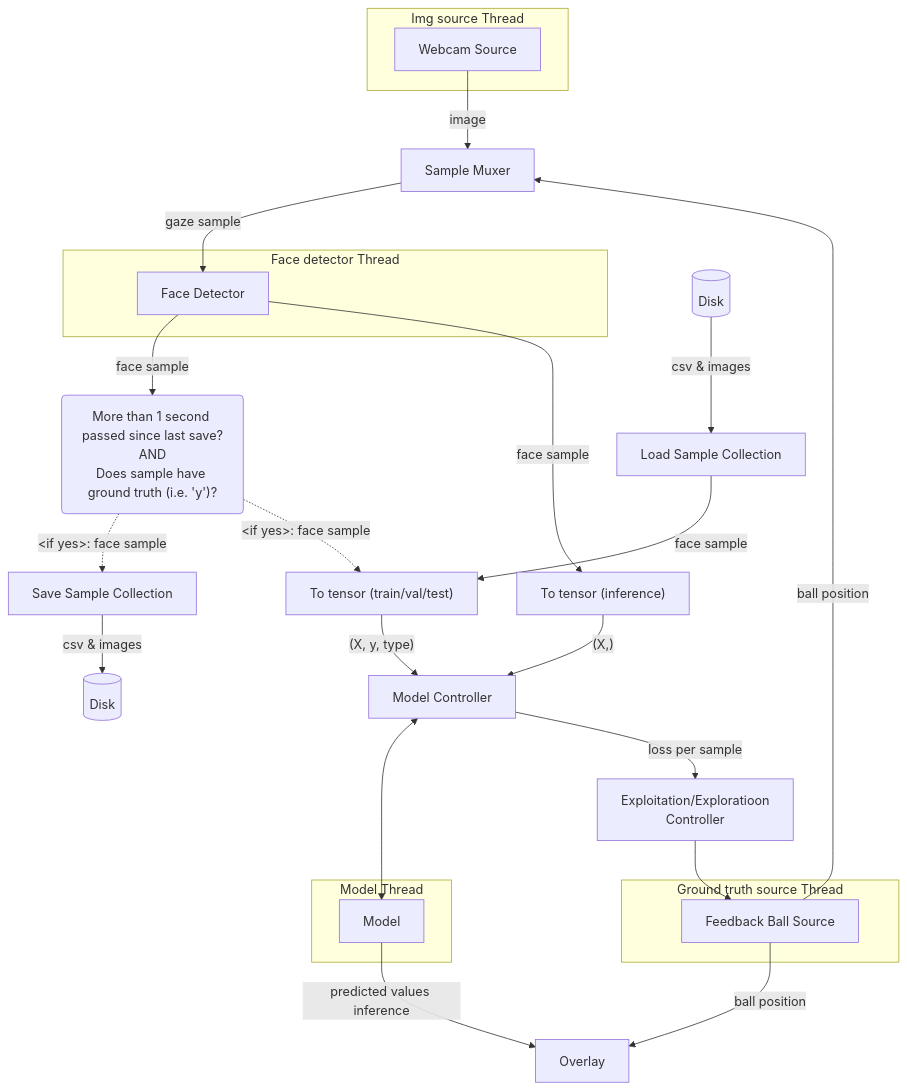
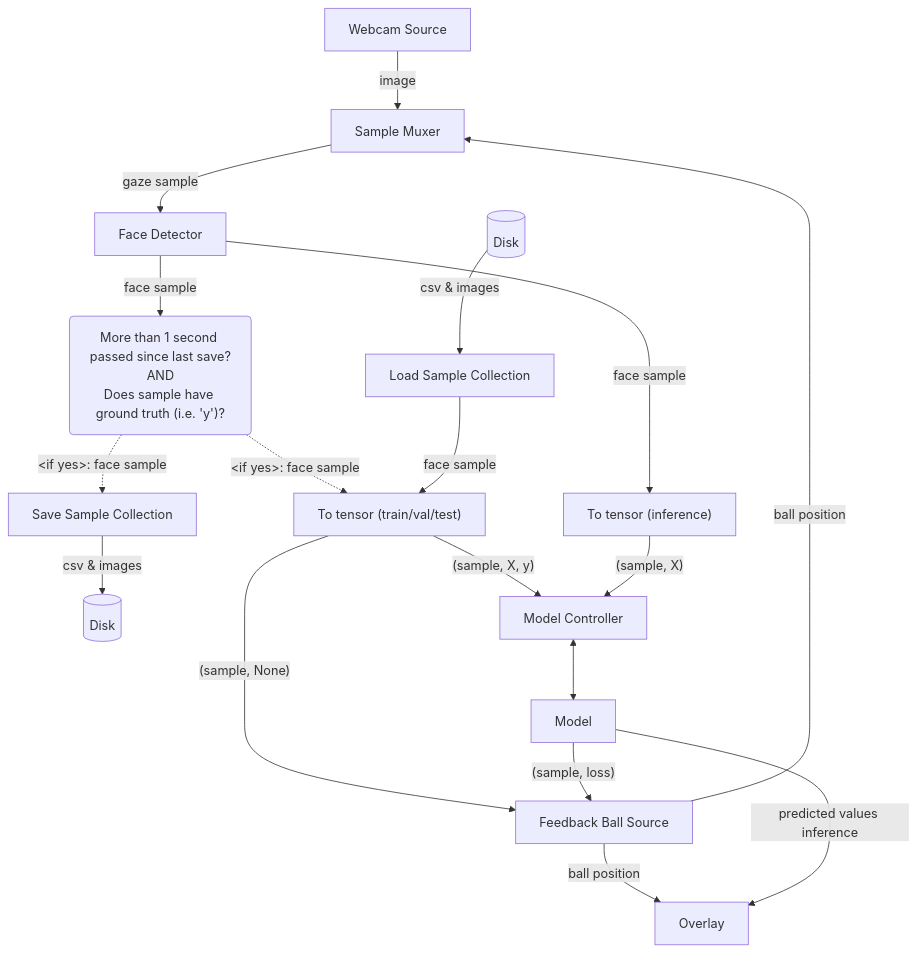
The diagram in examples/eye_tracker/README.md (BertRamlot/FlexML), drawn with Mermaid before and after one commit. The commit also changed other lines of this file and 5 other files, not shown here.

````diff
--- a/examples/eye_tracker/README.md
+++ b/examples/eye_tracker/README.md
@@ -65,44 +88,35 @@
 ```mermaid
 graph TD;
-    subgraph img_thread["Img source Thread"]
-        img_src[Webcam Source]
-    end
-    subgraph gt_thread["Ground truth source Thread"]
-        gt_src[Feedback Ball Source]
-    end
+    disk_output[(Disk)]
+    img_src[Webcam Source]
+    gt_src[Feedback Ball Source]
+    model_ele[Model]
+    gaze_to_face_convertor[Face Detector]
+    disk_input[(Disk)]
     sample_muxer[Sample Muxer]
     model_cntrl[Model Controller]
-    subgraph model_thread["Model Thread"]
-        model_ele[Model]
-    end
     load_sample_coll[Load Sample Collection]
     save_sample_coll[Save Sample Collection]
-    subgraph face_detector_thread["Face detector Thread"]
-        gaze_to_face_convertor[Face Detector]
-    end
     overlay[Overlay]
     as_train_sample[To tensor &#40train/val/test&#41]
     as_inference_sample[To tensor &#40inference&#41]
-    explor_exploit[Exploitation/Exploratioon\nController]
-    disk_input[(Disk)]
-    disk_output[(Disk)]
     sample_filter(More than 1 second passed since last save?\nAND\nDoes sample have ground truth &#40i.e. 'y'&#41?)
 
     img_src-->|image|sample_muxer
     gt_src-->|ball position|sample_muxer
     gt_src-->|ball position|overlay
     sample_muxer-->|gaze sample|gaze_to_face_convertor
     gaze_to_face_convertor-->|face sample|sample_filter
     sample_filter-.->|&#60if yes&#62: face sample|save_sample_coll
     sample_filter-.->|&#60if yes&#62: face sample|as_train_sample
     gaze_to_face_convertor-->|face sample|as_inference_sample
     save_sample_coll-->|csv & images|disk_output
     disk_input-->|csv & images|load_sample_coll
     load_sample_coll-->|face sample|as_train_sample
-    as_train_sample-->|&#40X, y, type&#41|model_cntrl
-    as_inference_sample-->|&#40X,&#41|model_cntrl
+    as_train_sample-->|&#40sample, X, y&#41|model_cntrl
+    as_train_sample-->|&#40sample, None&#41|gt_src
+    as_inference_sample-->|&#40sample, X&#41|model_cntrl
     model_cntrl<-->model_ele
-    model_cntrl-->|loss per sample|explor_exploit
-    explor_exploit-->gt_src
+    model_ele-->|&#40sample, loss&#41|gt_src
     model_ele-->|predicted values inference|overlay
 ```
````
